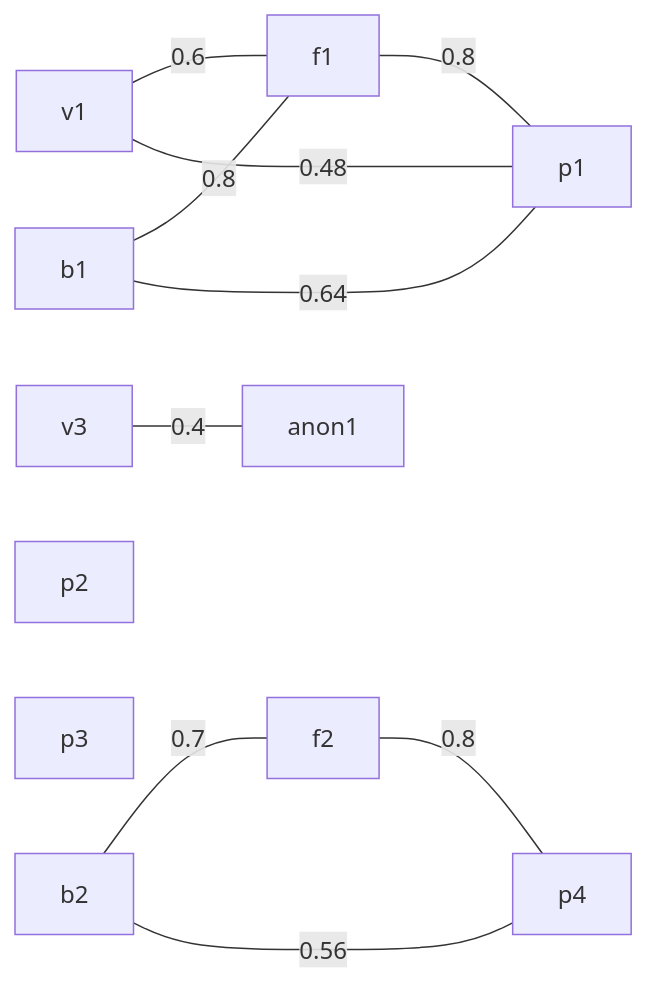
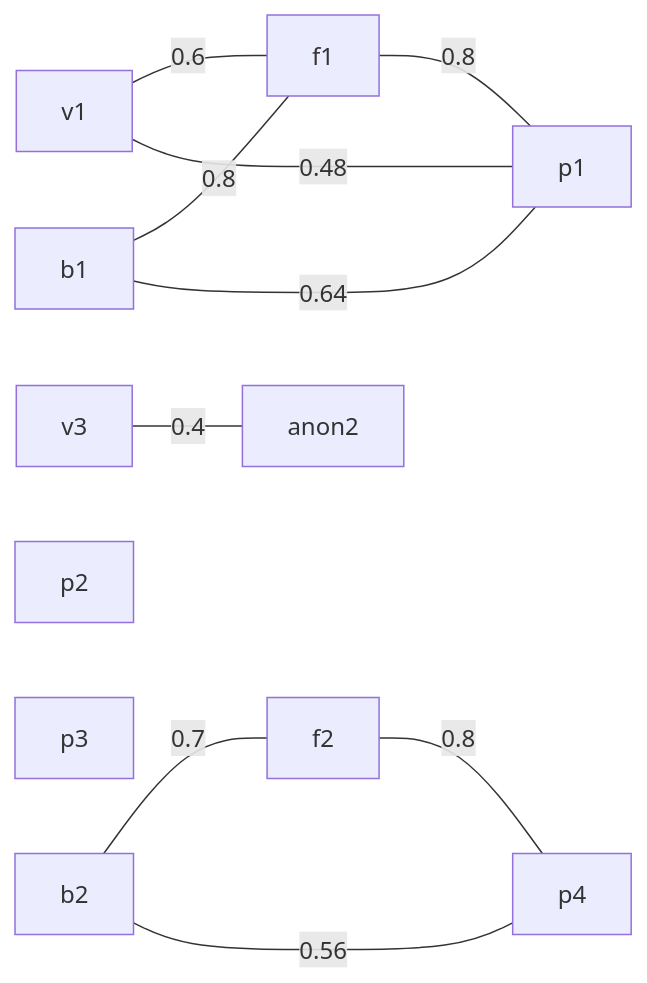
Diagram 26 of 34 in test/test-graphs.md (ros4hri/hri_person_manager), drawn with Mermaid before and after one commit. The commit also changed other lines of this file and 8 other files, not shown here.

First line of the commit message:
C++ impl complete, based on boost::graph

````diff
--- a/test/test-graphs.md
+++ b/test/test-graphs.md
@@ -400,19 +408,19 @@
 ``` mermaid
 graph LR
 
 f1 ---|0.8| p1
 b1 ---|0.8| f1
 v1 ---|0.6| f1
 %% automatically computed
 v1 ---|0.48| p1
 b1 ---|0.64| p1
 
 f2 ---|0.8| p4
 b2 ---|0.7| f2
 %% automatically computed
 b2 ---|0.56| p4
 
 p2
 p3
-v3 ---|0.4| anon1
+v3 ---|0.4| anon2
 ```
````
